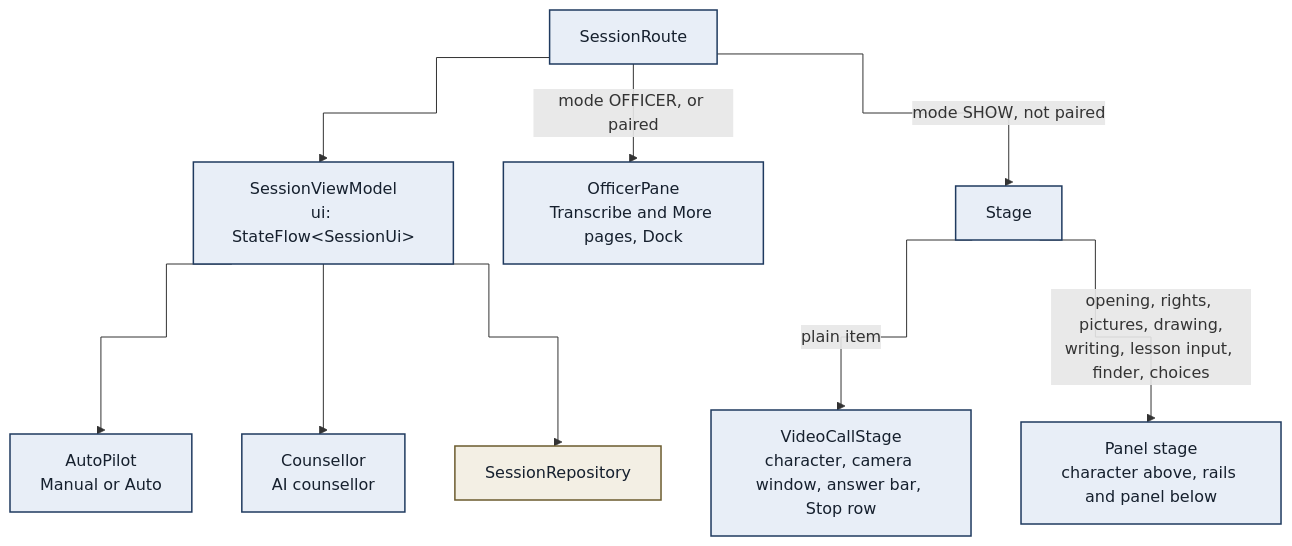
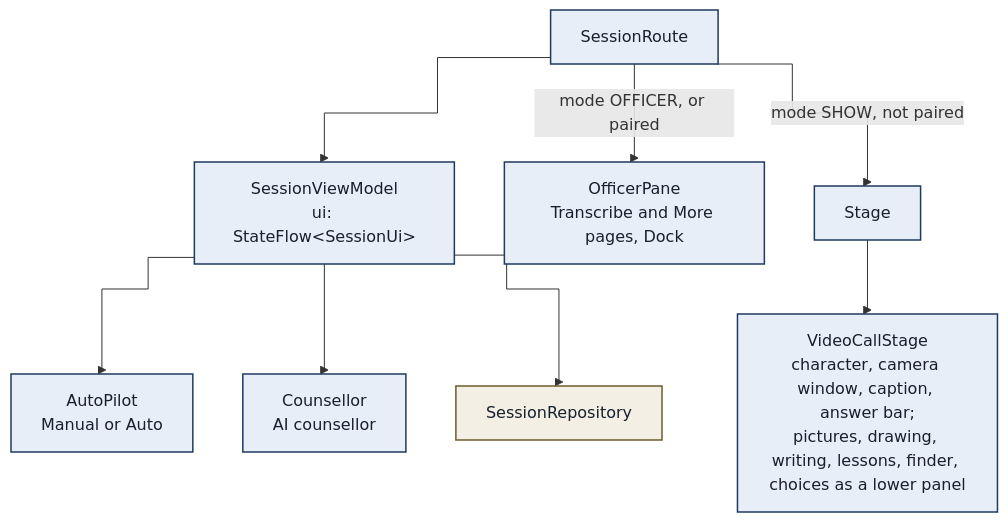
The fourth of 16 diagrams in docs/02-architecture.md (CiValidator/SScivalidator), drawn with Mermaid before and after one commit. The commit also changed other lines of this file and 41 other files, not shown here.

First line of the commit message:
chore: release 0.7.4 with new launcher icon and single call stage

````diff
--- a/docs/02-architecture.md
+++ b/docs/02-architecture.md
@@ -141,14 +141,13 @@
 ```mermaid
 %%{init: {"flowchart": {"curve": "step"}}}%%
 flowchart TB
     R["SessionRoute"]:::comp --> VM["SessionViewModel<br/>ui: StateFlow&lt;SessionUi&gt;"]:::comp
     R -- "mode OFFICER, or paired" --> OP["OfficerPane<br/>Transcribe and More pages, Dock"]:::comp
     R -- "mode SHOW, not paired" --> ST["Stage"]:::comp
-    ST -- "plain item" --> VC["VideoCallStage<br/>character, camera window, answer bar, Stop row"]:::comp
-    ST -- "opening, rights, pictures, drawing,<br/>writing, lesson input, finder, choices" --> PN["Panel stage<br/>character above, rails and panel below"]:::comp
+    ST --> VC["VideoCallStage<br/>character, camera window, caption, answer bar;<br/>pictures, drawing, writing, lessons, finder, choices as a lower panel"]:::comp
     VM --> AP["AutoPilot<br/>Manual or Auto"]:::comp
     VM --> CO["Counsellor<br/>AI counsellor"]:::comp
     VM --> REPO["SessionRepository"]:::data
     classDef comp fill:#e8eef7,stroke:#1f3a5f,stroke-width:1.5px,color:#16202e
     classDef data fill:#f3efe4,stroke:#6b5b2e,stroke-width:1.5px,color:#16202e
 ```
````
